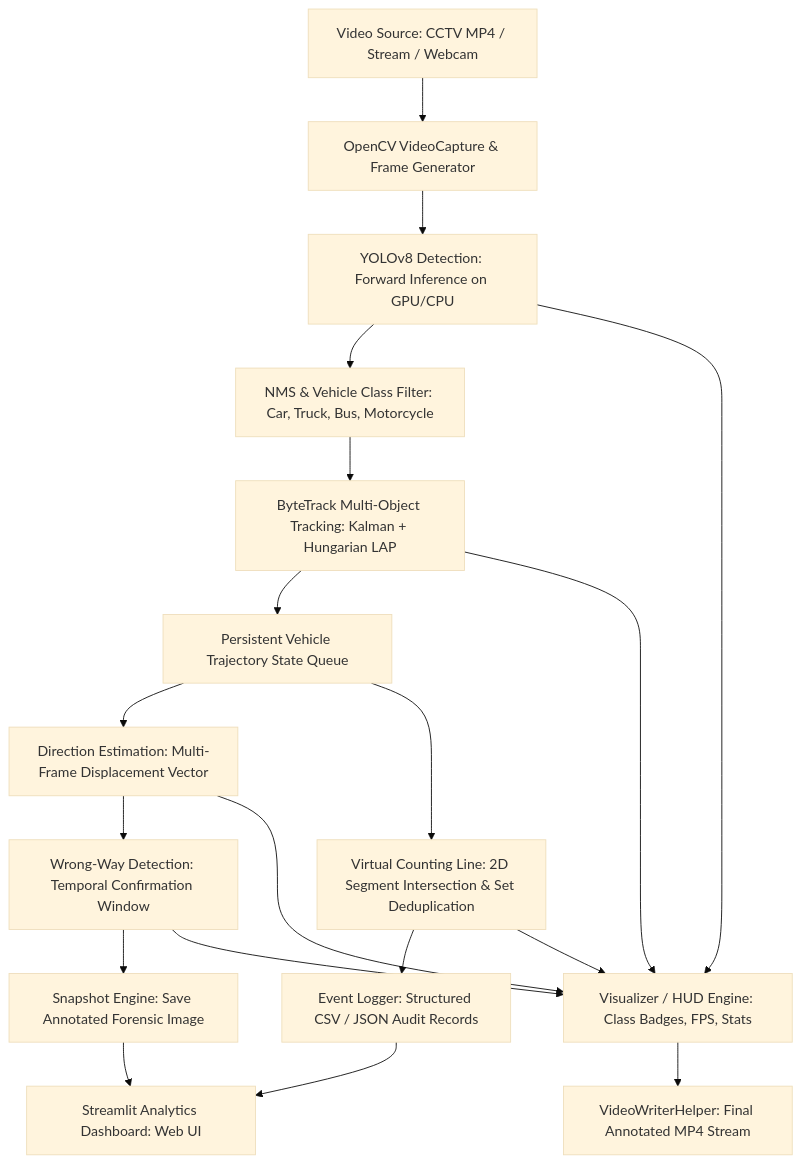
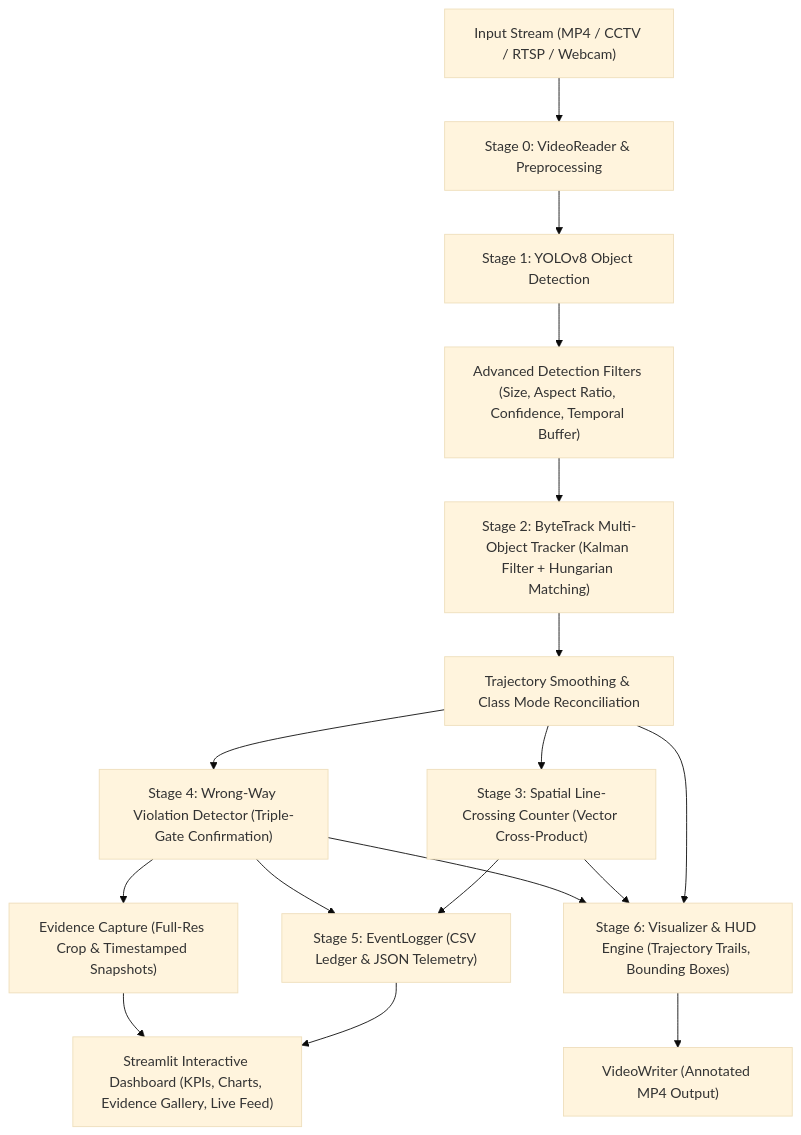
Before and after one commit to kalpanabaghel296/Real-Time-Vehicle-Detection-Traffic-Analytics-System: the diagram in README.md, drawn with Mermaid (base theme). The commit also changed other lines of this file and 3 other files, not shown here.

````diff
--- a/README.md
+++ b/README.md
@@ -43,16 +65,23 @@
 ```mermaid
 flowchart TD
-    A[Video Source: CCTV MP4 / Stream / Webcam] --> B[OpenCV VideoCapture & Frame Generator]
-    B --> C[YOLOv8 Detection: Forward Inference on GPU/CPU]
-    C --> D[NMS & Vehicle Class Filter: Car, Truck, Bus, Motorcycle]
-    D --> E[ByteTrack Multi-Object Tracking: Kalman + Hungarian LAP]
-    E --> F[Persistent Vehicle Trajectory State Queue]
-    F --> G[Direction Estimation: Multi-Frame Displacement Vector]
-    F --> H[Virtual Counting Line: 2D Segment Intersection & Set Deduplication]
-    G --> I[Wrong-Way Detection: Temporal Confirmation Window]
-    H --> J[Event Logger: Structured CSV / JSON Audit Records]
-    I --> K[Snapshot Engine: Save Annotated Forensic Image]
-    C & E & G & H & I --> L[Visualizer / HUD Engine: Class Badges, FPS, Stats]
-    L --> M[VideoWriterHelper: Final Annotated MP4 Stream]
-    J & K --> N[Streamlit Analytics Dashboard: Web UI]
+    A["Input Stream (MP4 / CCTV / RTSP / Webcam)"] --> B["Stage 0: VideoReader & Preprocessing"]
+    B --> C["Stage 1: YOLOv8 Object Detection"]
+    C --> D["Advanced Detection Filters (Size, Aspect Ratio, Confidence, Temporal Buffer)"]
+    D --> E["Stage 2: ByteTrack Multi-Object Tracker (Kalman Filter + Hungarian Matching)"]
+    E --> F["Trajectory Smoothing & Class Mode Reconciliation"]
+    
+    F --> G["Stage 3: Spatial Line-Crossing Counter (Vector Cross-Product)"]
+    F --> H["Stage 4: Wrong-Way Violation Detector (Triple-Gate Confirmation)"]
+    
+    G --> I["Stage 5: EventLogger (CSV Ledger & JSON Telemetry)"]
+    H --> I
+    H --> J["Evidence Capture (Full-Res Crop & Timestamped Snapshots)"]
+    
+    F --> K["Stage 6: Visualizer & HUD Engine (Trajectory Trails, Bounding Boxes)"]
+    G --> K
+    H --> K
+    
+    K --> L["VideoWriter (Annotated MP4 Output)"]
+    I --> M["Streamlit Interactive Dashboard (KPIs, Charts, Evidence Gallery, Live Feed)"]
+    J --> M
 ```
````
